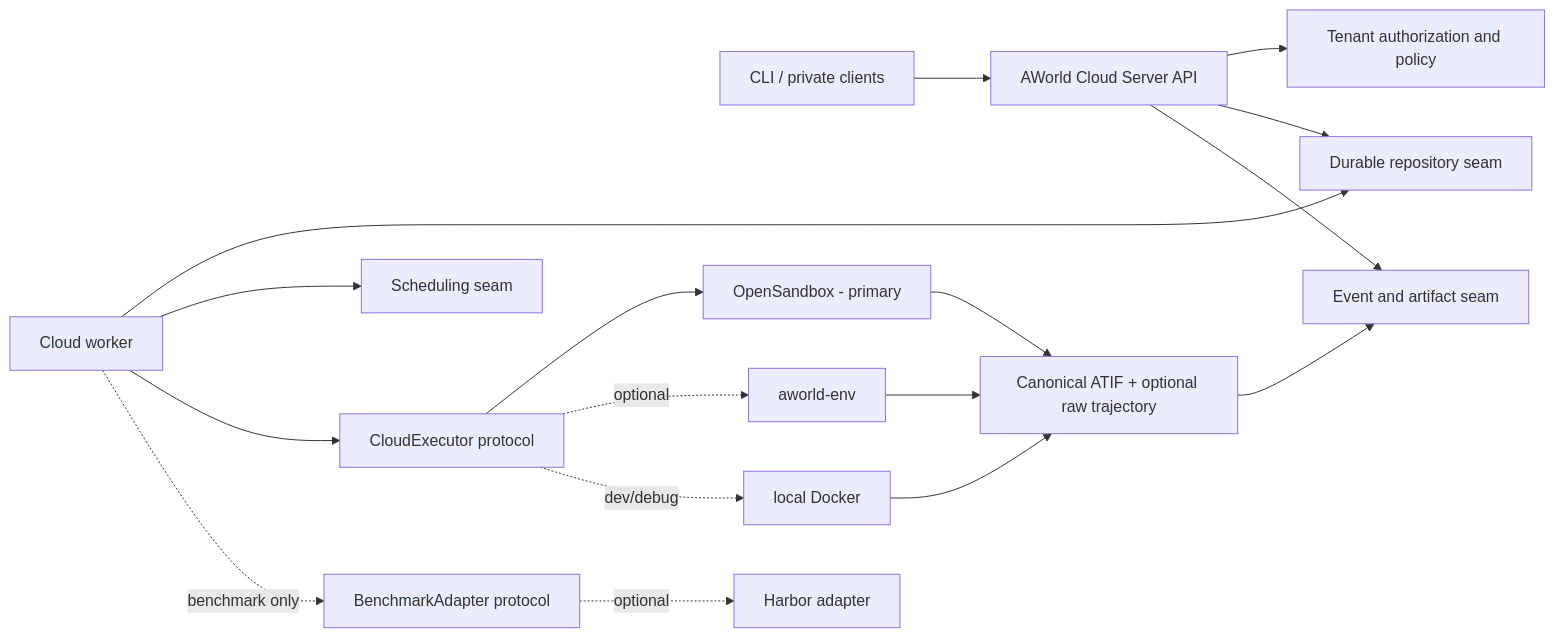
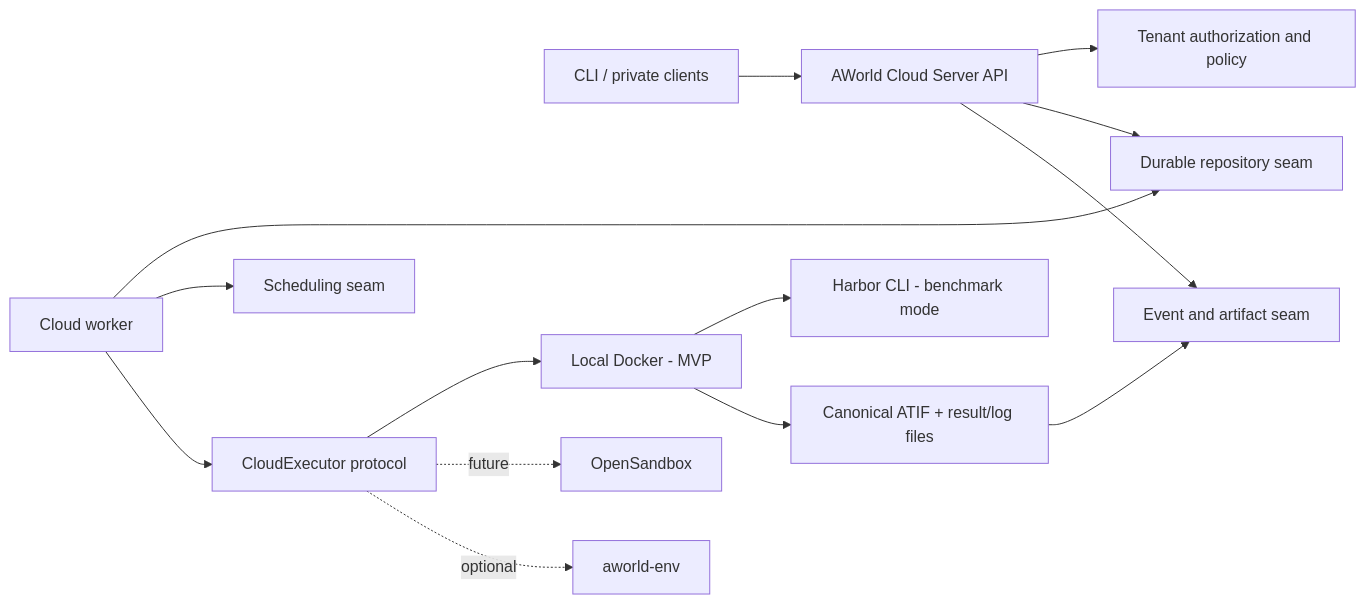
One commit to inclusionAI/AWorld changed the diagram in openspec/changes/add-aworld-cloud-codex-workspaces/design.md. Above: the diagram before and after it, drawn with Mermaid. The commit also changed other lines of this file and 3 other files, not shown here.

````diff
--- a/openspec/changes/add-aworld-cloud-codex-workspaces/design.md
+++ b/openspec/changes/add-aworld-cloud-codex-workspaces/design.md
@@ -7,19 +13,16 @@
 ```mermaid
 flowchart LR
     C["CLI / private clients"] --> API["AWorld Cloud Server API"]
     API --> AUTH["Tenant authorization and policy"]
     API --> REPO["Durable repository seam"]
     API --> FILES["Event and artifact seam"]
     WORKER["Cloud worker"] --> REPO
     WORKER --> SCHED["Scheduling seam"]
     WORKER --> EXEC["CloudExecutor protocol"]
-    EXEC --> OS["OpenSandbox - primary"]
+    EXEC --> DOCKER["Local Docker - MVP"]
+    DOCKER --> HARBOR["Harbor CLI - benchmark mode"]
+    EXEC -. future .-> OS["OpenSandbox"]
     EXEC -. optional .-> ENV["aworld-env"]
-    EXEC -. dev/debug .-> DOCKER["local Docker"]
-    WORKER -. benchmark only .-> ADAPTER["BenchmarkAdapter protocol"]
-    ADAPTER -. optional .-> HARBOR["Harbor adapter"]
-    OS --> TRAJ["Canonical ATIF + optional raw trajectory"]
-    ENV --> TRAJ
-    DOCKER --> TRAJ
+    DOCKER --> TRAJ["Canonical ATIF + result/log files"]
     TRAJ --> FILES
 ```
````
